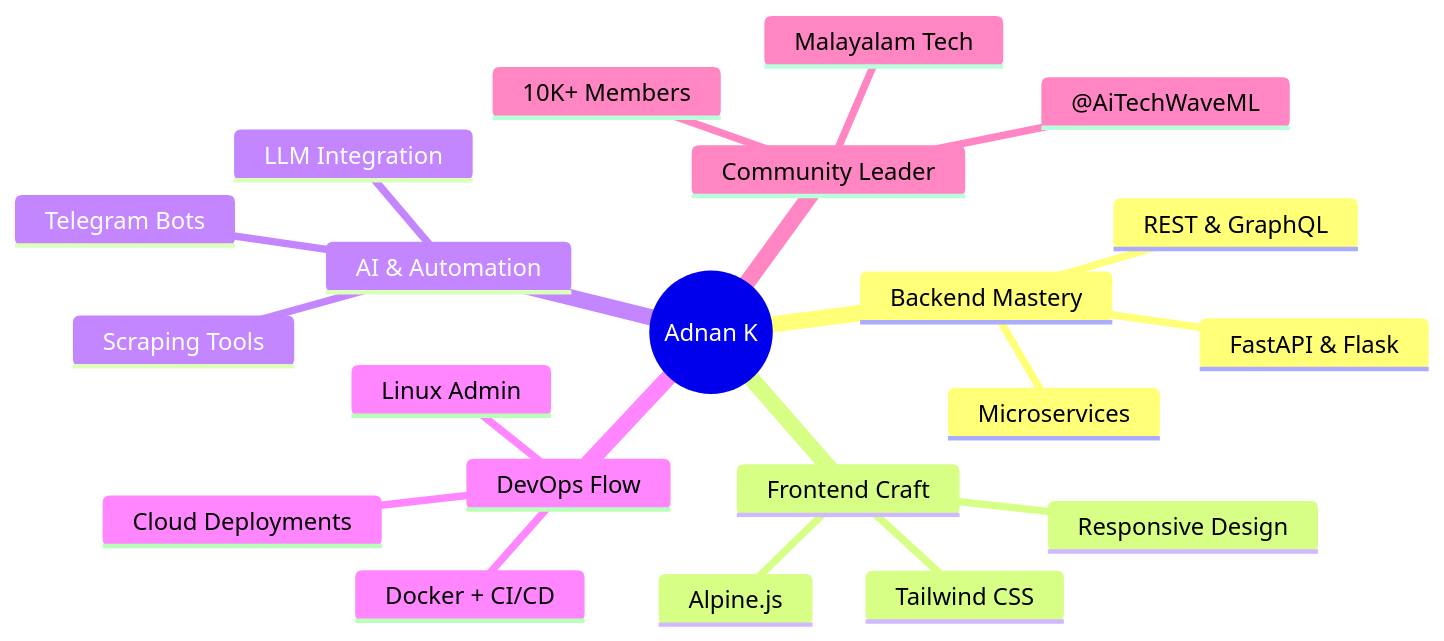
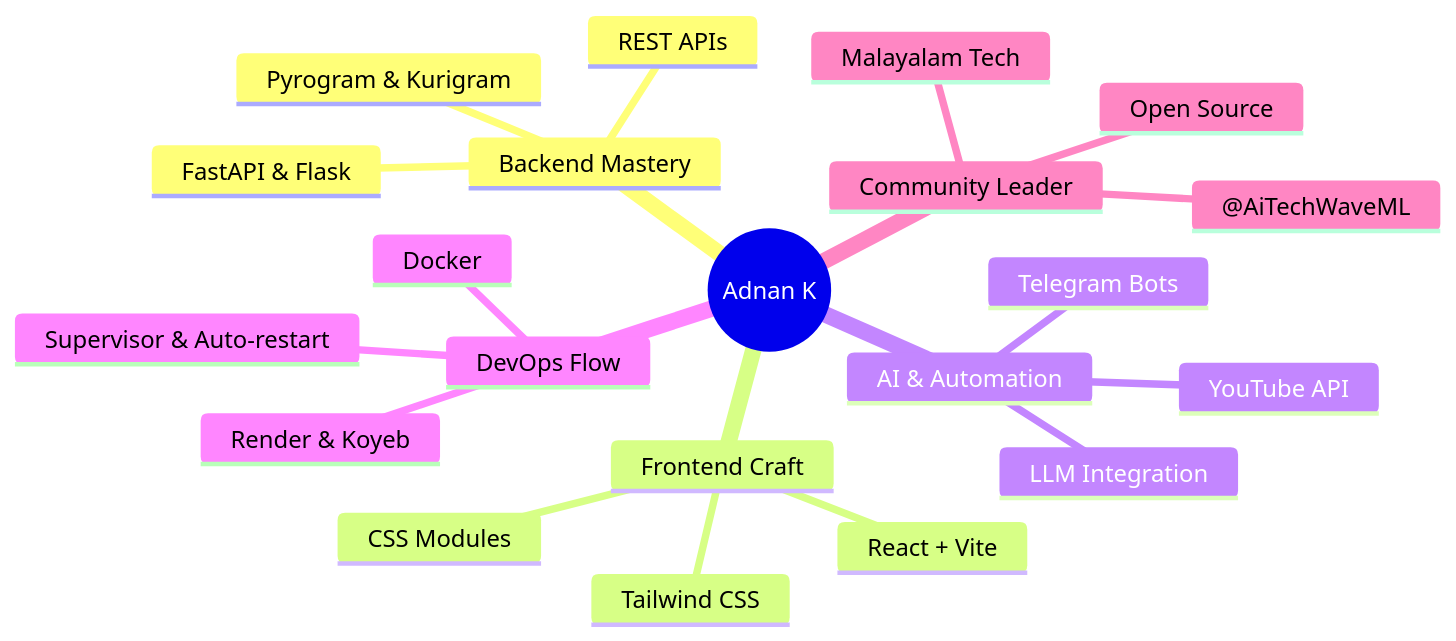
The diagram in README.md (adnanxpkd/adnanxpkd), drawn with Mermaid before and after one commit. The commit also changed other lines of this file, not shown here.

````diff
--- a/README.md
+++ b/README.md
@@ -111,24 +150,24 @@
 ```mermaid
 mindmap
   root((Adnan K))
     Backend Mastery
       FastAPI & Flask
-      REST & GraphQL
-      Microservices
+      REST APIs
+      Pyrogram & Kurigram
     Frontend Craft
-      Responsive Design
+      React + Vite
       Tailwind CSS
-      Alpine.js
+      CSS Modules
     AI & Automation
       LLM Integration
       Telegram Bots
-      Scraping Tools
+      YouTube API
     DevOps Flow
-      Docker + CI/CD
-      Linux Admin
-      Cloud Deployments
+      Render & Koyeb
+      Docker
+      Supervisor & Auto-restart
     Community Leader
       @AiTechWaveML
-      10K+ Members
       Malayalam Tech
+      Open Source
 ```
````
